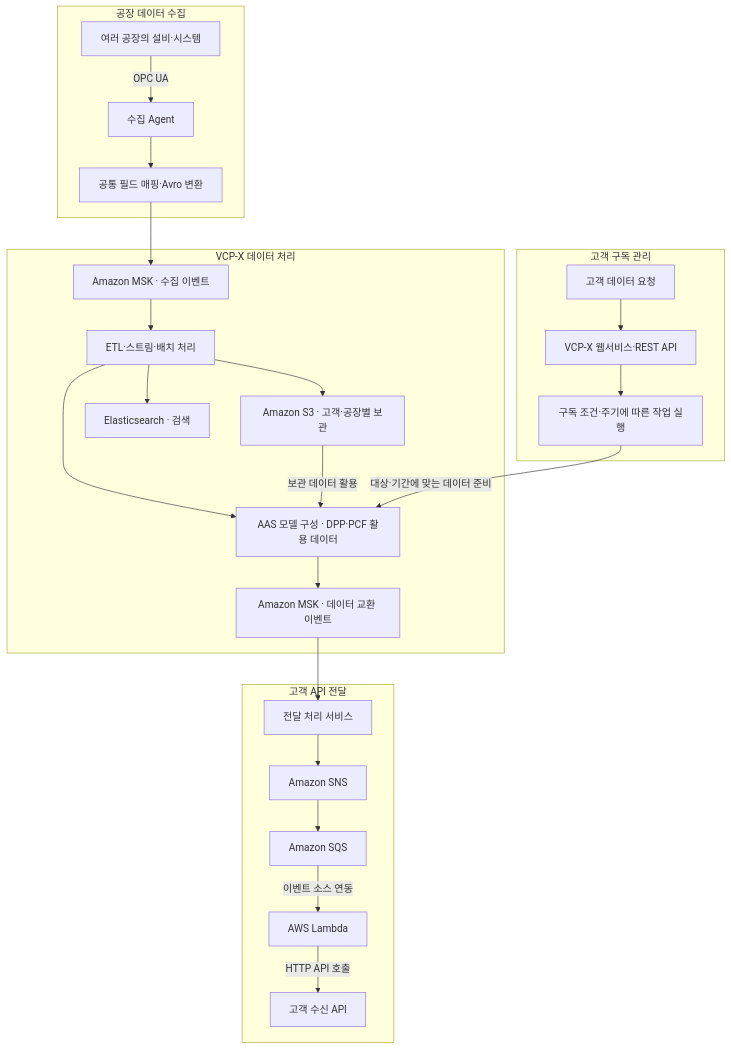
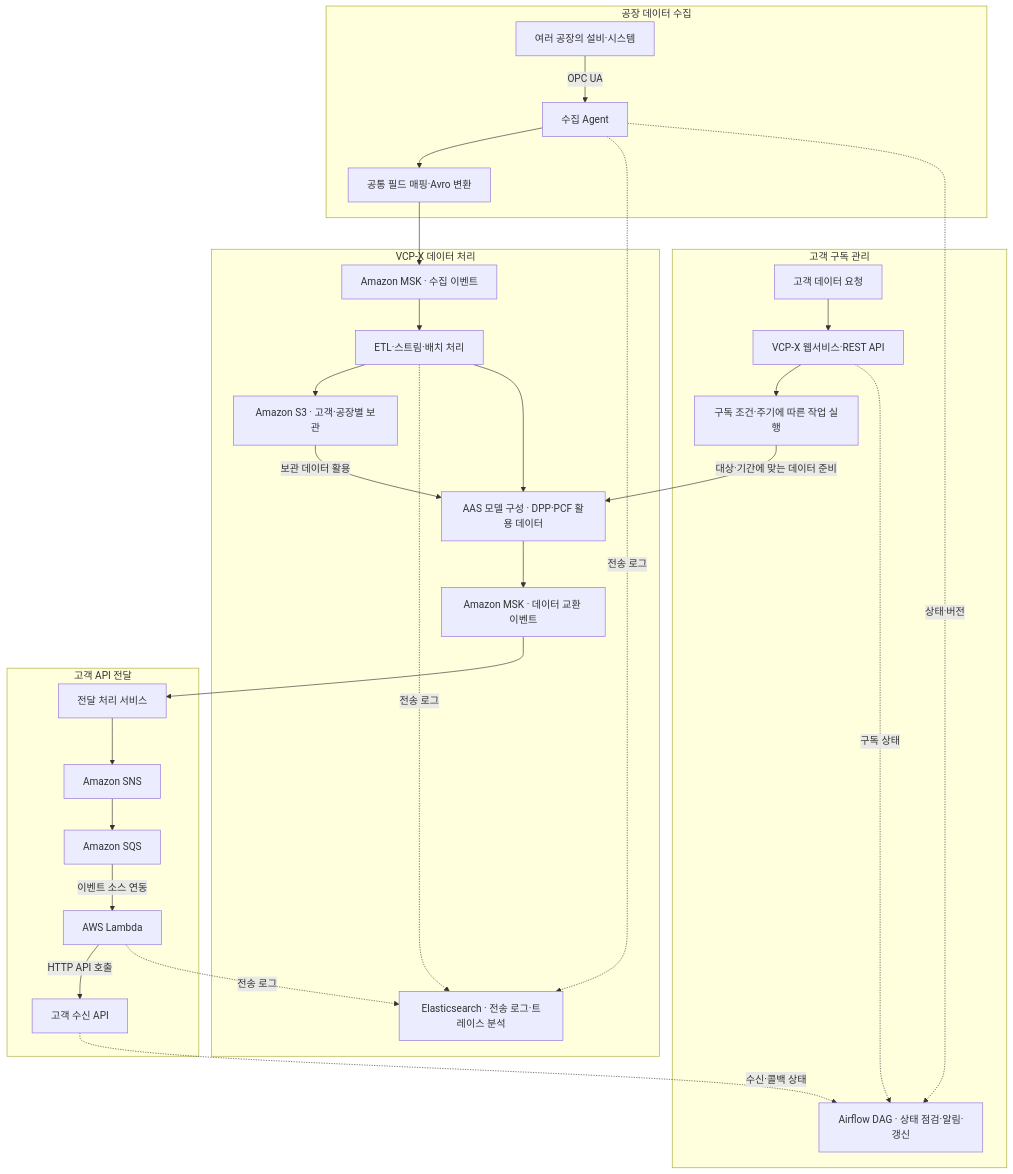
The first of 2 diagrams in README.md (CodeHymm/vcp_data_platform), drawn with Mermaid before and after one commit. The commit also changed other lines of this file, not shown here.

````diff
--- a/README.md
+++ b/README.md
@@ -25,49 +14,55 @@
 ```mermaid
 flowchart TD
     subgraph SOURCE["공장 데이터 수집"]
         FACTORY["여러 공장의 설비·시스템"]
         AGENT["수집 Agent"]
         NORMALIZE["공통 필드 매핑·Avro 변환"]
         FACTORY -->|OPC UA| AGENT
         AGENT --> NORMALIZE
     end
 
     subgraph PLATFORM["VCP-X 데이터 처리"]
         INGEST["Amazon MSK · 수집 이벤트"]
         PROCESS["ETL·스트림·배치 처리"]
         STORAGE["Amazon S3 · 고객·공장별 보관"]
-        SEARCH["Elasticsearch · 검색"]
+        SEARCH["Elasticsearch · 전송 로그·트레이스 분석"]
         AAS["AAS 모델 구성 · DPP·PCF 활용 데이터"]
         EXCHANGE["Amazon MSK · 데이터 교환 이벤트"]
         INGEST --> PROCESS
         PROCESS --> STORAGE
-        PROCESS --> SEARCH
+        PROCESS -. 전송 로그 .-> SEARCH
         PROCESS --> AAS
         STORAGE -->|보관 데이터 활용| AAS
         AAS --> EXCHANGE
     end
 
     subgraph SUBSCRIPTION["고객 구독 관리"]
         REQUEST["고객 데이터 요청"]
         API["VCP-X 웹서비스·REST API"]
         JOB["구독 조건·주기에 따른 작업 실행"]
+        HEALTH["Airflow DAG · 상태 점검·알림·갱신"]
         REQUEST --> API
         API --> JOB
+        API -. 구독 상태 .-> HEALTH
     end
 
     subgraph DELIVERY["고객 API 전달"]
         DISPATCH["전달 처리 서비스"]
         SNS["Amazon SNS"]
         SQS["Amazon SQS"]
         LAMBDA["AWS Lambda"]
         RECEIVER["고객 수신 API"]
         DISPATCH --> SNS
         SNS --> SQS
         SQS -->|이벤트 소스 연동| LAMBDA
         LAMBDA -->|HTTP API 호출| RECEIVER
     end
 
     NORMALIZE --> INGEST
     JOB -->|대상·기간에 맞는 데이터 준비| AAS
     EXCHANGE --> DISPATCH
+    AGENT -. 전송 로그 .-> SEARCH
+    LAMBDA -. 전송 로그 .-> SEARCH
+    AGENT -. 상태·버전 .-> HEALTH
+    RECEIVER -. 수신·콜백 상태 .-> HEALTH
 ```
````
